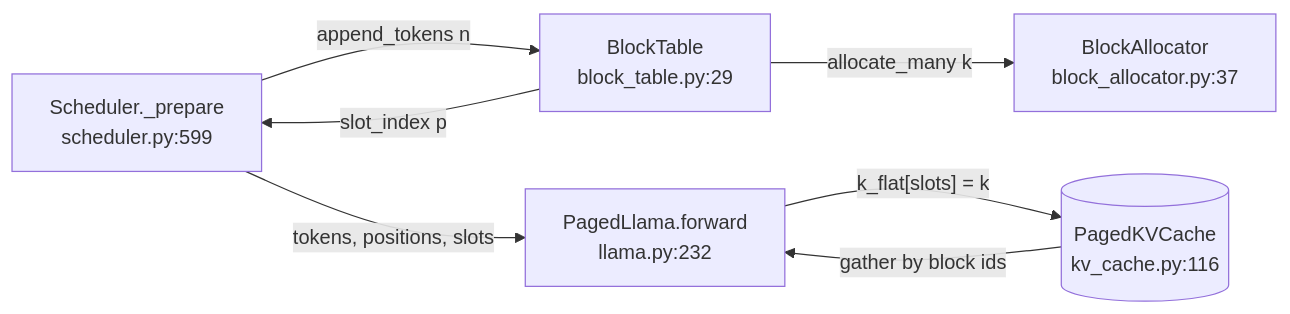
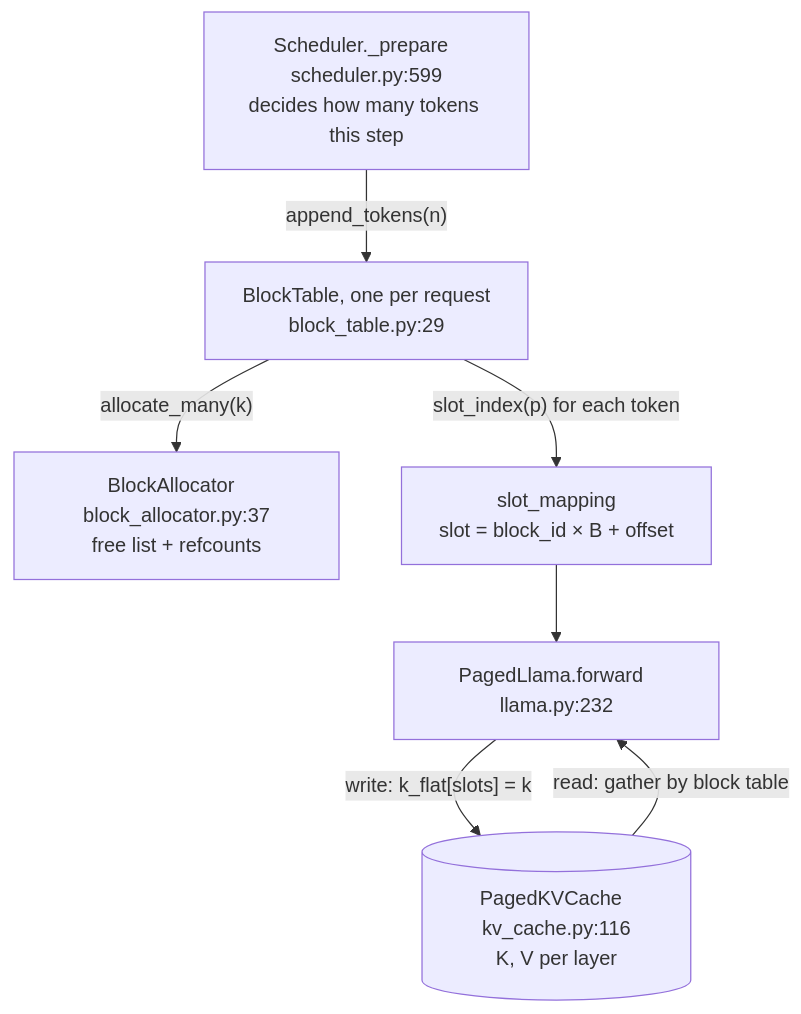
One commit to jayavardhan-g/projects-vault changed the third of 7 diagrams in Interview prep/Days/Day 01 - mini-vLLM I.md. Above: the diagram before and after it, drawn with Mermaid. The commit also changed other lines of this file and 2 other files, not shown here.

First line of the commit message:
projects: Day 1 "Code, explained" as a shape-by-shape trace of one forward pass + paged-KV-cache deep dive; full-width diagram CSS snippet

````diff
--- a/Interview prep/Days/Day 01 - mini-vLLM I.md
+++ b/Interview prep/Days/Day 01 - mini-vLLM I.md
@@ -223,9 +223,10 @@
 ```mermaid
-flowchart LR
-  S["Scheduler._prepare<br/>scheduler.py:599"] -->|append_tokens n| BT["BlockTable<br/>block_table.py:29"]
-  BT -->|allocate_many k| BA["BlockAllocator<br/>block_allocator.py:37"]
-  BT -->|slot_index p| S
-  S -->|tokens, positions, slots| M["PagedLlama.forward<br/>llama.py:232"]
-  M -->|"k_flat[slots] = k"| KV[("PagedKVCache<br/>kv_cache.py:116")]
-  KV -->|gather by block ids| M
+flowchart TB
+  S["Scheduler._prepare  scheduler.py:599<br/>decides how many tokens this step"]
+  S -->|"append_tokens(n)"| BT["BlockTable, one per request<br/>block_table.py:29"]
+  BT -->|"allocate_many(k)"| BA["BlockAllocator  block_allocator.py:37<br/>free list + refcounts"]
+  BT -->|"slot_index(p) for each token"| SL["slot_mapping<br/>slot = block_id × B + offset"]
+  SL --> M["PagedLlama.forward  llama.py:232"]
+  M -->|"write: k_flat[slots] = k"| KV[("PagedKVCache  kv_cache.py:116<br/>K, V per layer")]
+  KV -->|"read: gather by block table"| M
 ```
````
